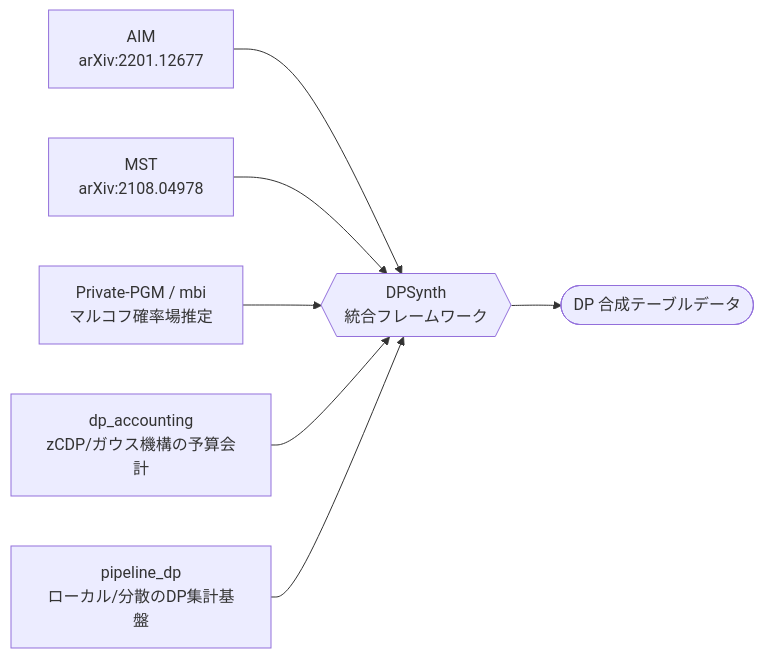
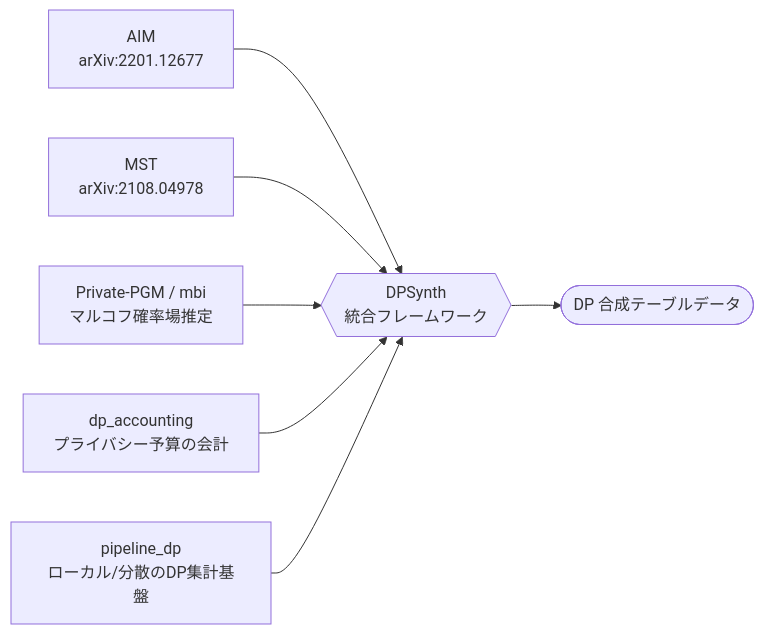
The diagram in REPORT.md (gghatano/dpsynth-demo), drawn with Mermaid before and after one commit. The commit also changed other lines of this file and 5 other files, not shown here.

````diff
--- a/REPORT.md
+++ b/REPORT.md
@@ -76,9 +76,9 @@
 ```mermaid
 flowchart LR
     AIMp["AIM<br/>arXiv:2201.12677"] --> DPS
     MSTp["MST<br/>arXiv:2108.04978"] --> DPS
     MBI["Private-PGM / mbi<br/>マルコフ確率場推定"] --> DPS
-    ACC["dp_accounting<br/>zCDP/ガウス機構の予算会計"] --> DPS
+    ACC["dp_accounting<br/>プライバシー予算の会計"] --> DPS
     PDP["pipeline_dp<br/>ローカル/分散のDP集計基盤"] --> DPS
     DPS{{DPSynth<br/>統合フレームワーク}} --> OUT([DP 合成テーブルデータ])
 ```
````
